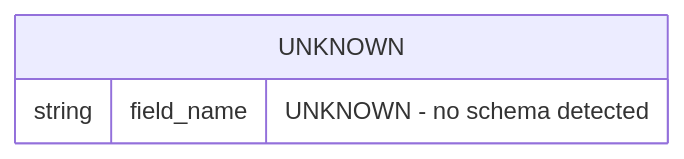
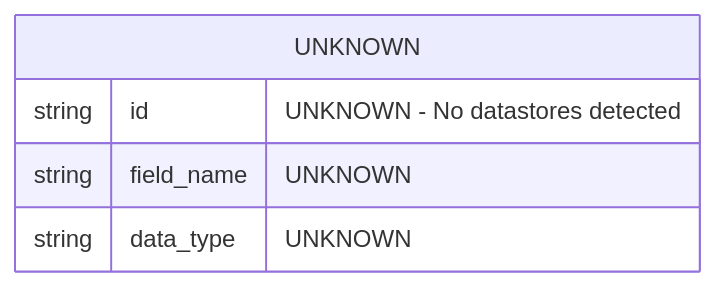
One commit to dshills/witness changed the diagram in docs/diagrams/data-model.mmd. Above: the diagram before and after it, drawn with Mermaid. The commit also changed 11 other files, not shown here.

```diff
--- a/docs/diagrams/data-model.mmd
+++ b/docs/diagrams/data-model.mmd
@@ -1,4 +1,6 @@
 erDiagram
     UNKNOWN {
-        string field_name "UNKNOWN - no schema detected"
+        string id "UNKNOWN - No datastores detected"
+        string field_name "UNKNOWN"
+        string data_type "UNKNOWN"
     }
```
